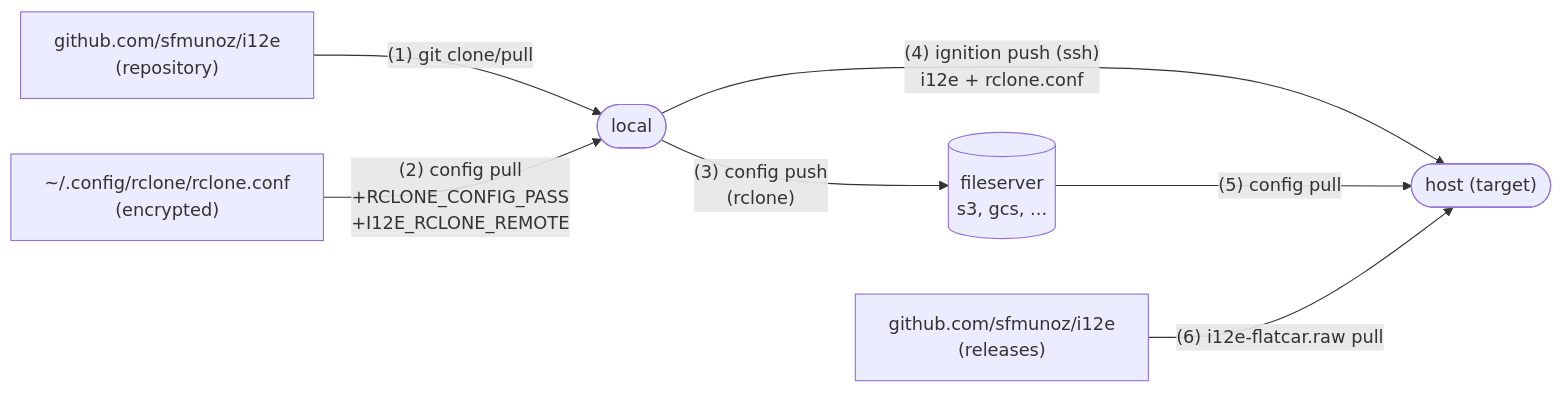
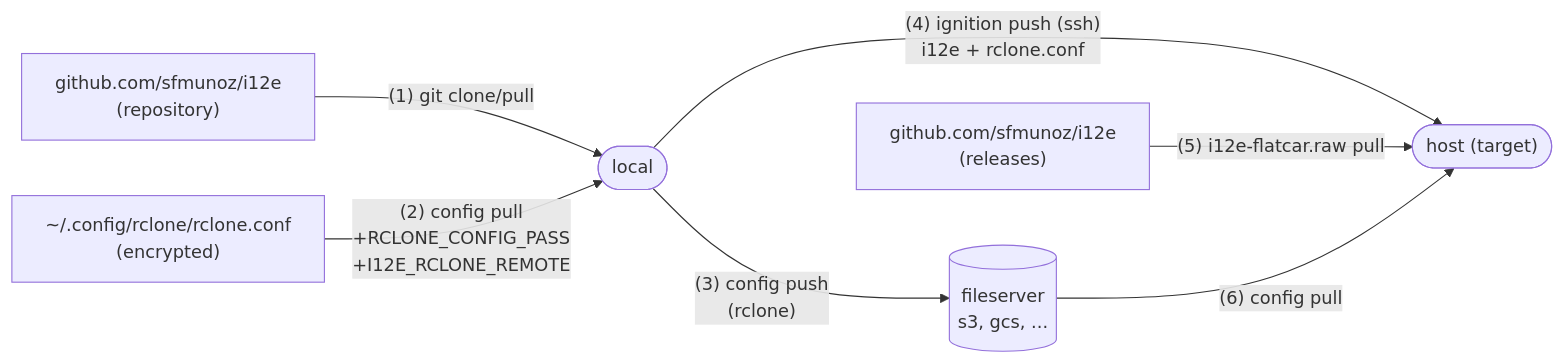
Before and after one commit to sfmunoz/i12e: the diagram in README.md, drawn with Mermaid. The commit also changed other lines of this file, not shown here.

Commit message:
README.md: Architecture details included

````diff
--- a/README.md
+++ b/README.md
@@ -36,15 +36,15 @@
 ```mermaid
 flowchart LR
     github_repo["github.com/sfmunoz/i12e<br/>(repository)"]
     github_rel["github.com/sfmunoz/i12e<br/>(releases)"]
     rclone_conf["~/.config/rclone/rclone.conf<br/>(encrypted)"]
     local(["local"])
     fs[("fileserver<br/>s3, gcs, ...")] 
     host(["host (target)"])
     github_repo -->|"(1) git clone/pull"| local
     rclone_conf -->|"(2) config pull<br/>+RCLONE_CONFIG_PASS<br/>+I12E_RCLONE_REMOTE"| local
     local -->|"(3) config push<br/>(rclone)"| fs
     local -->|"(4) ignition push (ssh)<br/>i12e + rclone.conf"| host
-    fs -->|"(5) config pull"| host
-    github_rel -->|"(6) i12e-flatcar.raw pull"| host
+    github_rel -->|"(5) i12e-flatcar.raw pull"| host
+    fs -->|"(6) config pull"| host
 ```
````
